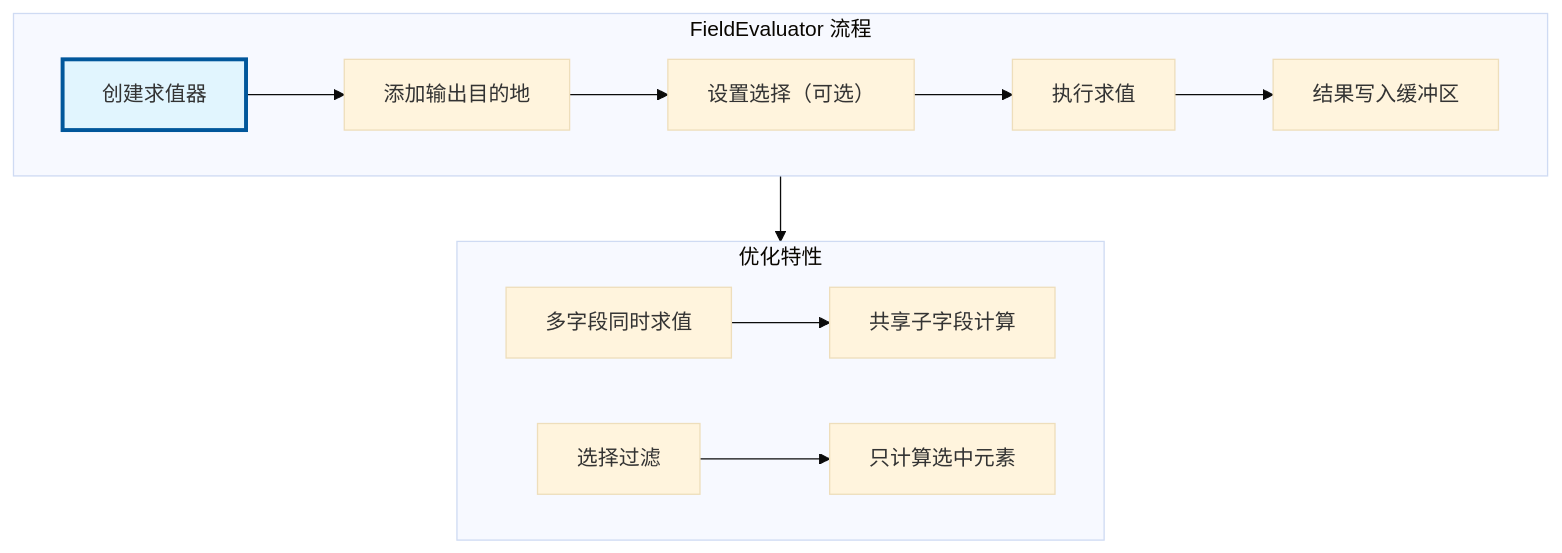
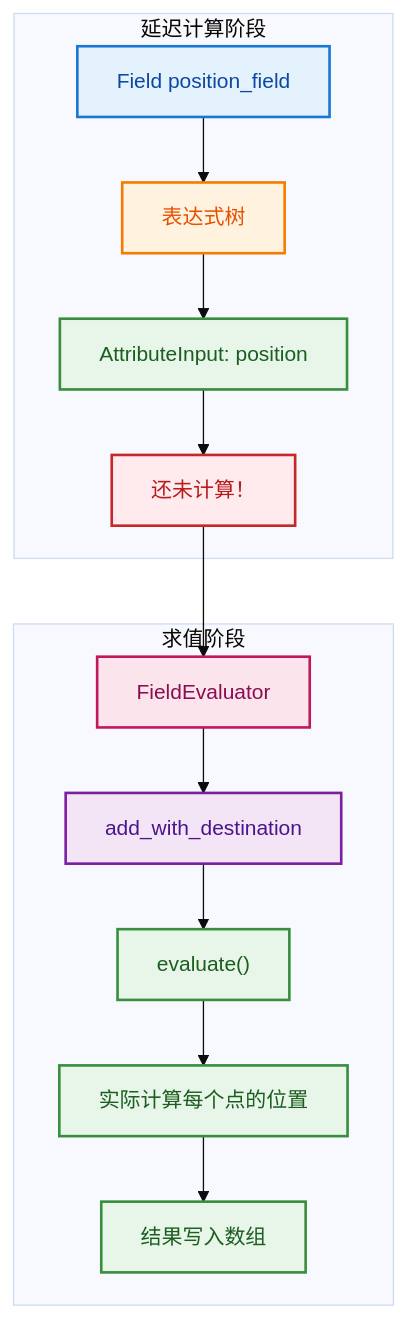
Before and after one commit to yunkezengren/blender-.vscode: the diagram in 杂/markdown/学习节点/几何节点类/09_FieldEvaluator.md, drawn with Mermaid (base theme). The commit also changed other lines of this file and 19 other files, not shown here.

````diff
--- a/杂/markdown/学习节点/几何节点类/09_FieldEvaluator.md
+++ b/杂/markdown/学习节点/几何节点类/09_FieldEvaluator.md
@@ -9,18 +34,27 @@
 ```mermaid
 flowchart TB
-    subgraph FieldEvaluator流程["FieldEvaluator 流程"]
-        A["创建求值器"] --> B["添加输出目的地"]
-        B --> C["设置选择（可选）"]
-        C --> D["执行求值"]
-        D --> E["结果写入缓冲区"]
+    subgraph "延迟计算阶段"
+        A["Field<float3> position_field"] --> B["表达式树"]
+        B --> C["AttributeInput: position"]
+        C --> D["还未计算！"]
     end
     
-    subgraph 优化特性["优化特性"]
-        F["多字段同时求值"] --> G["共享子字段计算"]
-        H["选择过滤"] --> I["只计算选中元素"]
+    subgraph "求值阶段"
+        E["FieldEvaluator"] --> F["add_with_destination"]
+        F --> G["evaluate()"]
+        G --> H["实际计算每个点的位置"]
+        H --> I["结果写入数组"]
     end
     
-    FieldEvaluator流程 --> 优化特性
+    D --> E
     
-    style A fill:#e1f5fe,stroke:#01579b,stroke-width:3px
+    style A fill:#e3f2fd,stroke:#1976d2,stroke-width:2px,color:#0d47a1
+    style B fill:#fff3e0,stroke:#f57c00,stroke-width:2px,color:#e65100
+    style C fill:#e8f5e9,stroke:#388e3c,stroke-width:2px,color:#1b5e20
+    style D fill:#ffebee,stroke:#c62828,stroke-width:2px,color:#b71c1c
+    style E fill:#fce4ec,stroke:#c2185b,stroke-width:2px,color:#880e4f
+    style F fill:#f3e5f5,stroke:#7b1fa2,stroke-width:2px,color:#4a148c
+    style G fill:#e8f5e9,stroke:#388e3c,stroke-width:2px,color:#1b5e20
+    style H fill:#e8f5e9,stroke:#388e3c,stroke-width:2px,color:#1b5e20
+    style I fill:#e8f5e9,stroke:#388e3c,stroke-width:2px,color:#1b5e20
 ```
````
